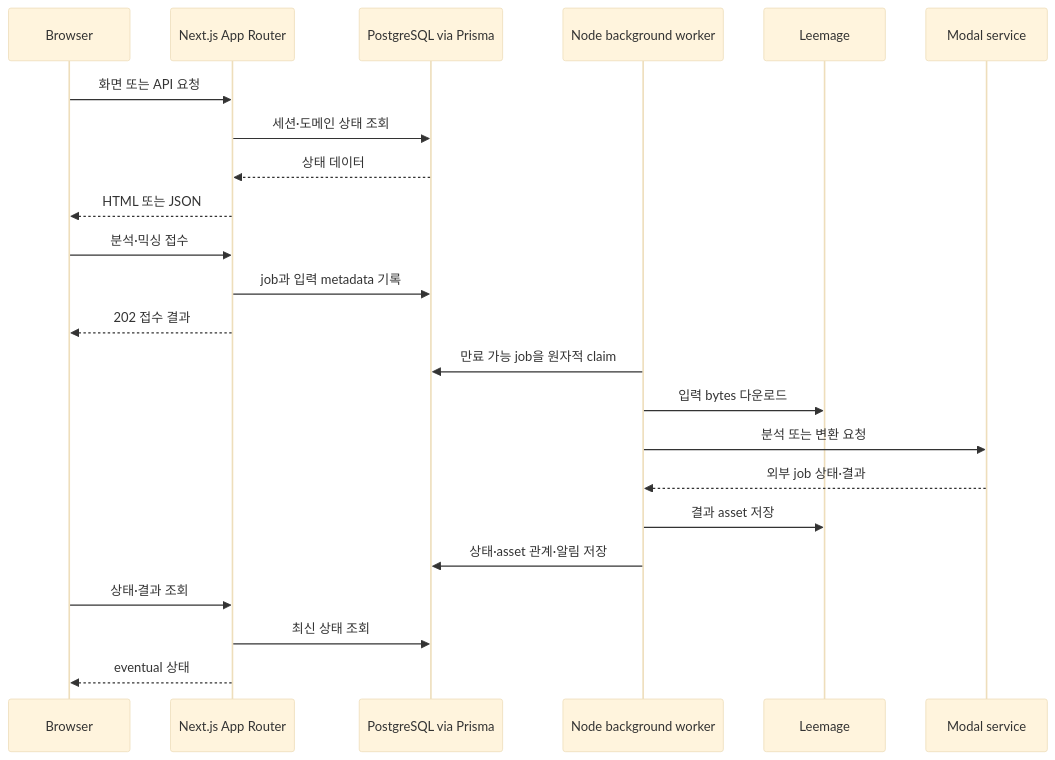
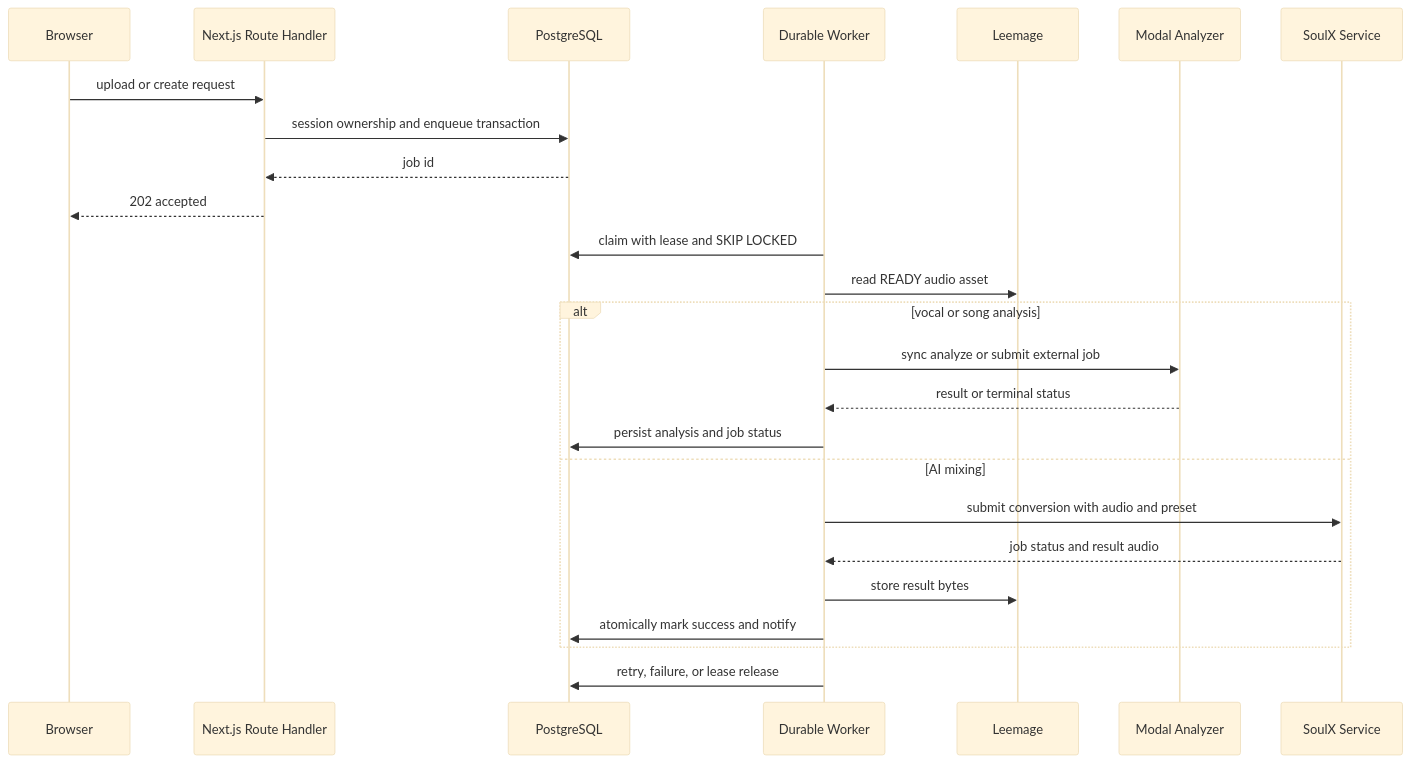
One commit to leey00nsu/copy-singer changed the second of 2 diagrams in openwiki/architecture/system-map.md. Above: the diagram before and after it, drawn with Mermaid (base theme). The commit also changed other lines of this file and 49 other files, not shown here.

````diff
--- a/openwiki/architecture/system-map.md
+++ b/openwiki/architecture/system-map.md
@@ -45,26 +68,28 @@
 ```mermaid
 sequenceDiagram
-    participant Browser
-    participant Next as Next.js App Router
-    participant DB as PostgreSQL via Prisma
-    participant Worker as Node background worker
-    participant Media as Leemage
-    participant Modal as Modal service
+  participant Br as Browser
+  participant RH as Next.js Route Handler
+  participant DB as PostgreSQL
+  participant W as Durable Worker
+  participant LM as Leemage
+  participant AN as Modal Analyzer
+  participant SX as SoulX Service
 
-    Browser->>Next: 화면 또는 API 요청
-    Next->>DB: 세션·도메인 상태 조회
-    DB-->>Next: 상태 데이터
-    Next-->>Browser: HTML 또는 JSON
-    Browser->>Next: 분석·믹싱 접수
-    Next->>DB: job과 입력 metadata 기록
-    Next-->>Browser: 202 접수 결과
-    Worker->>DB: 만료 가능 job을 원자적 claim
-    Worker->>Media: 입력 bytes 다운로드
-    Worker->>Modal: 분석 또는 변환 요청
-    Modal-->>Worker: 외부 job 상태·결과
-    Worker->>Media: 결과 asset 저장
-    Worker->>DB: 상태·asset 관계·알림 저장
-    Browser->>Next: 상태·결과 조회
-    Next->>DB: 최신 상태 조회
-    Next-->>Browser: eventual 상태
+  Br->>RH: upload or create request
+  RH->>DB: session ownership and enqueue transaction
+  DB-->>RH: job id
+  RH-->>Br: 202 accepted
+  W->>DB: claim with lease and SKIP LOCKED
+  W->>LM: read READY audio asset
+  alt vocal or song analysis
+    W->>AN: sync analyze or submit external job
+    AN-->>W: result or terminal status
+    W->>DB: persist analysis and job status
+  else AI mixing
+    W->>SX: submit conversion with audio and preset
+    SX-->>W: job status and result audio
+    W->>LM: store result bytes
+    W->>DB: atomically mark success and notify
+  end
+  W->>DB: retry, failure, or lease release
 ```
````
